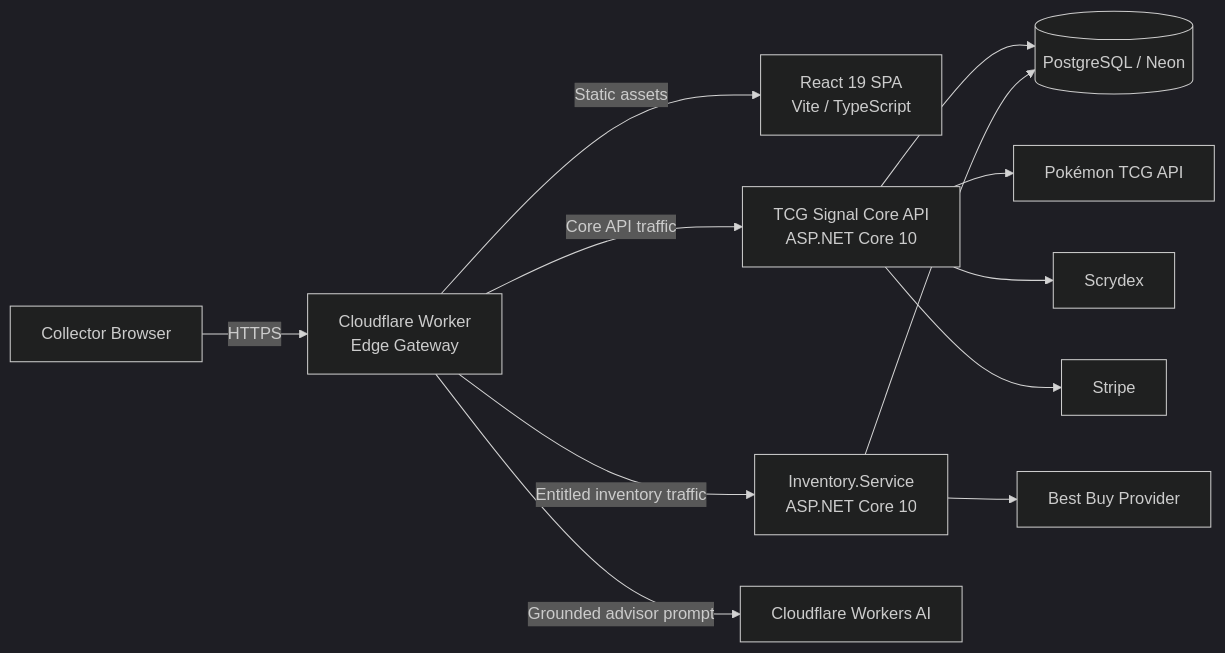
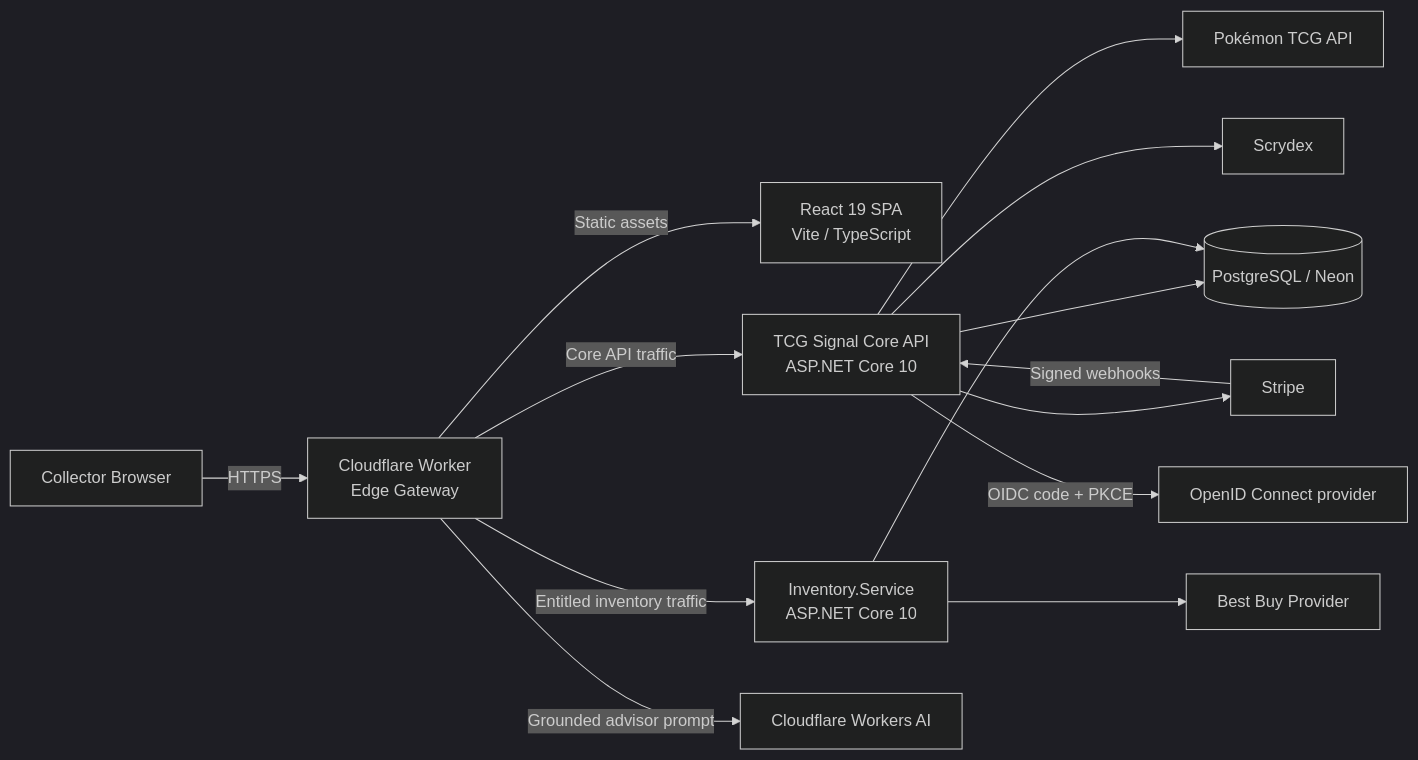
The first of 5 diagrams in README.md (poker-kid-100717/tcg), drawn with Mermaid (dark theme) before and after one commit. The commit also changed other lines of this file, not shown here.

````diff
--- a/README.md
+++ b/README.md
@@ -36,29 +36,31 @@
 ```mermaid
 flowchart LR
     U[Collector Browser]
 
     CF[Cloudflare Worker<br/>Edge Gateway]
     WEB[React 19 SPA<br/>Vite / TypeScript]
     CORE[TCG Signal Core API<br/>ASP.NET Core 10]
     INV[Inventory.Service<br/>ASP.NET Core 10]
     DB[(PostgreSQL / Neon)]
     AI[Cloudflare Workers AI]
     TCG[Pokémon TCG API]
     SCRY[Scrydex]
     STRIPE[Stripe]
     BB[Best Buy Provider]
 
     U -->|HTTPS| CF
     CF -->|Static assets| WEB
     CF -->|Core API traffic| CORE
     CF -->|Entitled inventory traffic| INV
     CF -->|Grounded advisor prompt| AI
 
     CORE --> DB
     INV --> DB
 
     CORE --> TCG
     CORE --> SCRY
     CORE --> STRIPE
+    CORE -->|OIDC code + PKCE| IDP[OpenID Connect provider]
+    STRIPE -->|Signed webhooks| CORE
     INV --> BB
 ```
````
